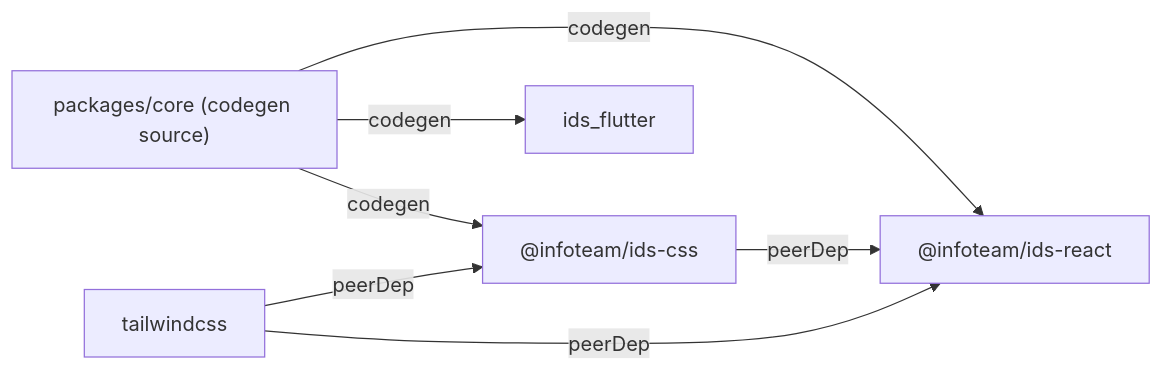
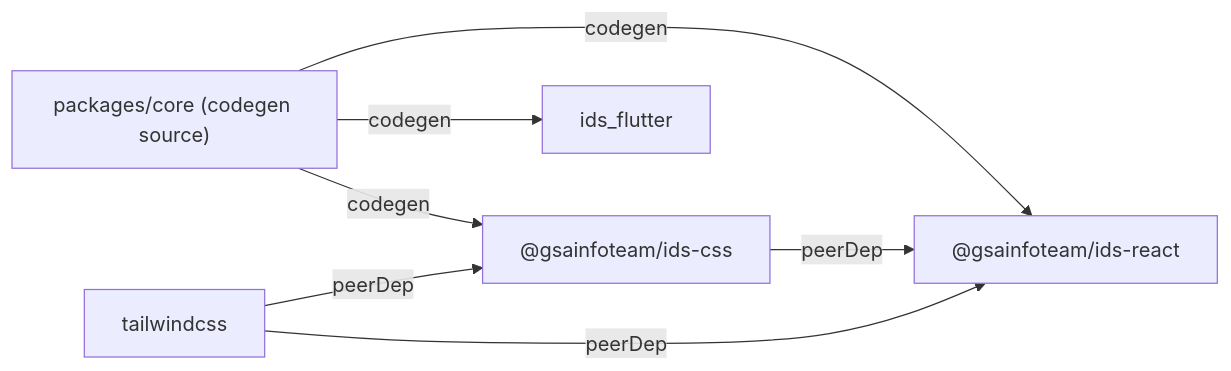
The diagram in README.md (gsainfoteam/ids), drawn with Mermaid before and after one commit. The commit also changed other lines of this file and 19 other files, not shown here.

````diff
--- a/README.md
+++ b/README.md
@@ -130,15 +132,15 @@
 ```mermaid
 graph LR
   core["packages/core (codegen source)"]
-  css["@infoteam/ids-css"]
-  react["@infoteam/ids-react"]
+  css["@gsainfoteam/ids-css"]
+  react["@gsainfoteam/ids-react"]
   flutter["ids_flutter"]
   tw["tailwindcss"]
 
   core -->|codegen| css
   core -->|codegen| react
   core -->|codegen| flutter
   css -->|peerDep| react
   tw -->|peerDep| react
   tw -->|peerDep| css
 ```
````
